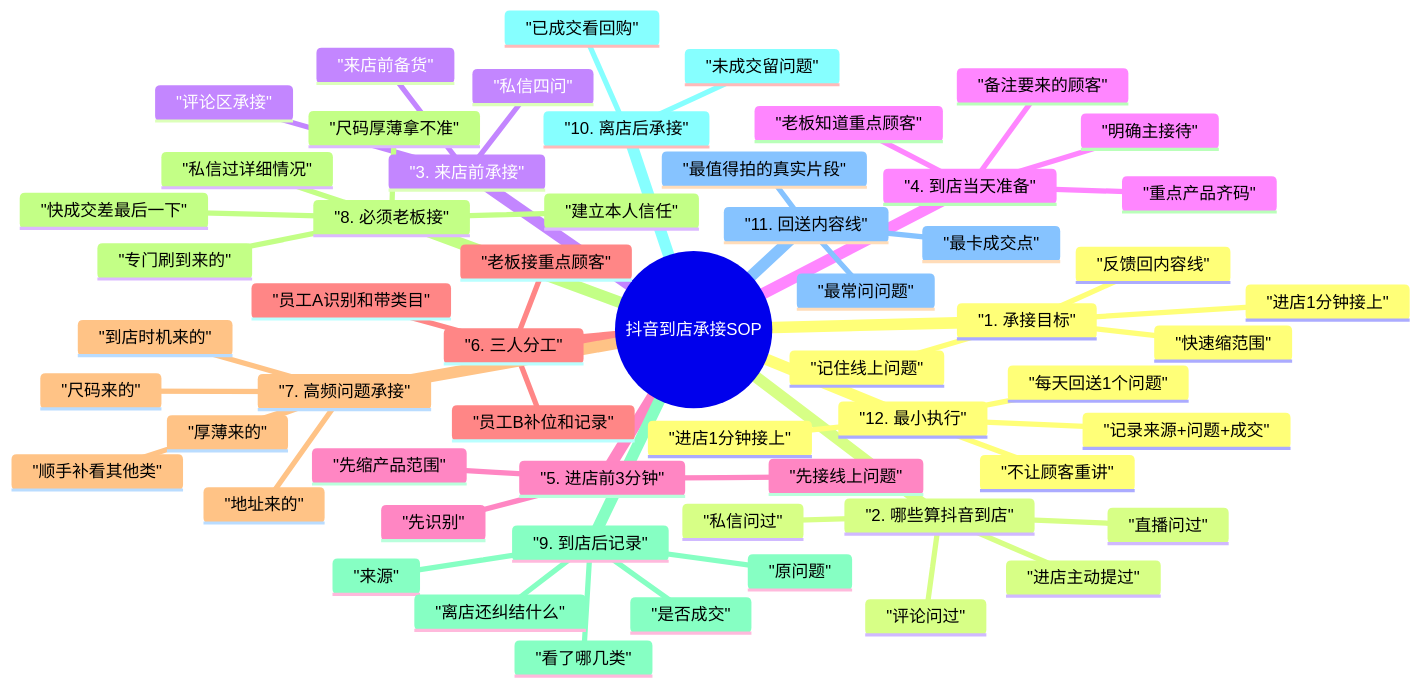
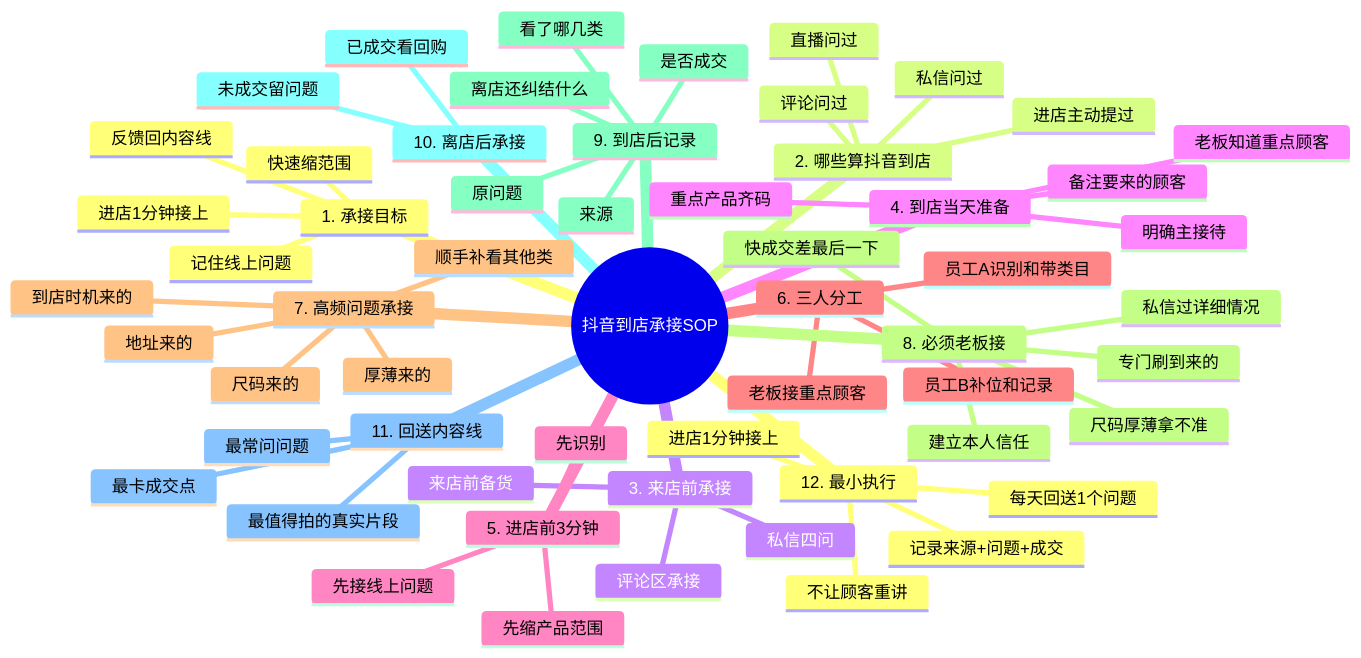
Before and after one commit to lizhihui0215/Black-Tonny: the diagram in mindmaps/13-抖音到店承接SOP-mindmap.md, drawn with Mermaid. The commit also changed 29 other files, not shown here.

Commit message:
docs: fix mermaid mindmaps and add xmind exports

````diff
--- a/mindmaps/13-抖音到店承接SOP-mindmap.md
+++ b/mindmaps/13-抖音到店承接SOP-mindmap.md
@@ -3,61 +3,61 @@
 ```mermaid
 mindmap
-  root(("抖音到店承接SOP"))
-    "1. 承接目标"
-      "记住线上问题"
-      "进店1分钟接上"
-      "快速缩范围"
-      "反馈回内容线"
-    "2. 哪些算抖音到店"
-      "评论问过"
-      "私信问过"
-      "直播问过"
-      "进店主动提过"
-    "3. 来店前承接"
-      "评论区承接"
-      "私信四问"
-      "来店前备货"
-    "4. 到店当天准备"
-      "重点产品齐码"
-      "备注要来的顾客"
-      "明确主接待"
-      "老板知道重点顾客"
-    "5. 进店前3分钟"
-      "先识别"
-      "先接线上问题"
-      "先缩产品范围"
-    "6. 三人分工"
-      "老板接重点顾客"
-      "员工A识别和带类目"
-      "员工B补位和记录"
-    "7. 高频问题承接"
-      "地址来的"
-      "尺码来的"
-      "厚薄来的"
-      "到店时机来的"
-      "顺手补看其他类"
-    "8. 必须老板接"
-      "专门刷到来的"
-      "私信过详细情况"
-      "建立本人信任"
-      "尺码厚薄拿不准"
-      "快成交差最后一下"
-    "9. 到店后记录"
-      "来源"
-      "原问题"
-      "看了哪几类"
-      "是否成交"
-      "离店还纠结什么"
-    "10. 离店后承接"
-      "已成交看回购"
-      "未成交留问题"
-    "11. 回送内容线"
-      "最常问问题"
-      "最卡成交点"
-      "最值得拍的真实片段"
-    "12. 最小执行"
-      "进店1分钟接上"
-      "不让顾客重讲"
-      "记录来源+问题+成交"
-      "每天回送1个问题"
+  root((抖音到店承接SOP))
+    1. 承接目标
+      记住线上问题
+      进店1分钟接上
+      快速缩范围
+      反馈回内容线
+    2. 哪些算抖音到店
+      评论问过
+      私信问过
+      直播问过
+      进店主动提过
+    3. 来店前承接
+      评论区承接
+      私信四问
+      来店前备货
+    4. 到店当天准备
+      重点产品齐码
+      备注要来的顾客
+      明确主接待
+      老板知道重点顾客
+    5. 进店前3分钟
+      先识别
+      先接线上问题
+      先缩产品范围
+    6. 三人分工
+      老板接重点顾客
+      员工A识别和带类目
+      员工B补位和记录
+    7. 高频问题承接
+      地址来的
+      尺码来的
+      厚薄来的
+      到店时机来的
+      顺手补看其他类
+    8. 必须老板接
+      专门刷到来的
+      私信过详细情况
+      建立本人信任
+      尺码厚薄拿不准
+      快成交差最后一下
+    9. 到店后记录
+      来源
+      原问题
+      看了哪几类
+      是否成交
+      离店还纠结什么
+    10. 离店后承接
+      已成交看回购
+      未成交留问题
+    11. 回送内容线
+      最常问问题
+      最卡成交点
+      最值得拍的真实片段
+    12. 最小执行
+      进店1分钟接上
+      不让顾客重讲
+      记录来源+问题+成交
+      每天回送1个问题
 ```
````
